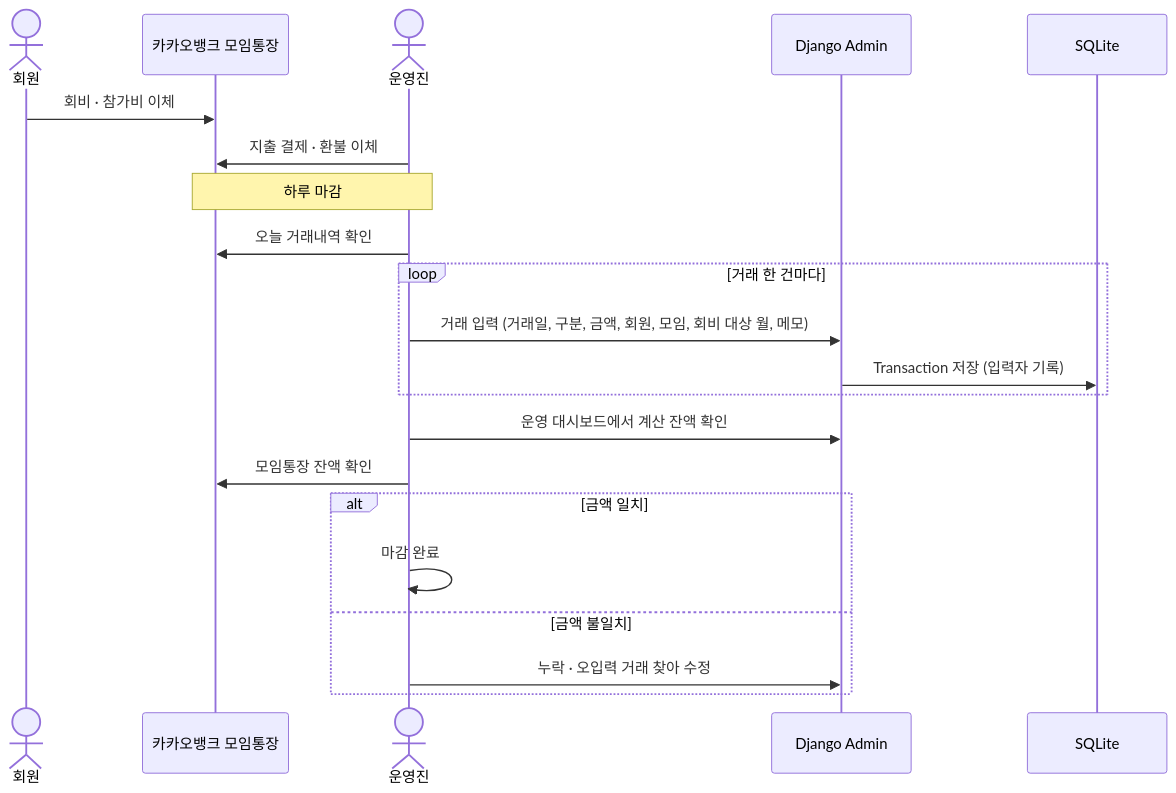
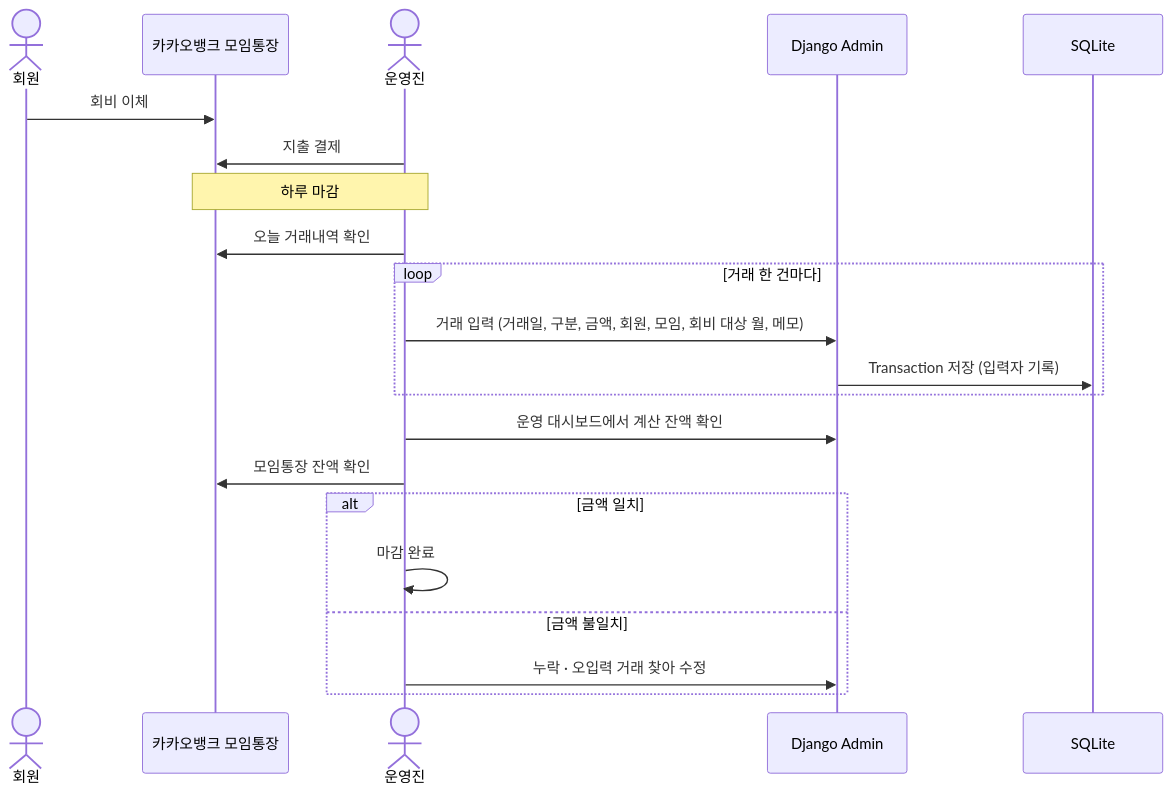
Before and after one commit to keepmind7/AI_Club_Web: the seventh of 14 diagrams in 동작 흐름.md, drawn with Mermaid. The commit also changed other lines of this file and 33 other files, not shown here.

````diff
--- a/동작 흐름.md
+++ b/동작 흐름.md
@@ -125,24 +117,24 @@
 ```mermaid
 sequenceDiagram
     actor M as 회원
     participant Bank as 카카오뱅크 모임통장
     actor A as 운영진
     participant Admin as Django Admin
     participant DB as SQLite
 
-    M->>Bank: 회비 · 참가비 이체
-    A->>Bank: 지출 결제 · 환불 이체
+    M->>Bank: 회비 이체
+    A->>Bank: 지출 결제
     Note over A,Bank: 하루 마감
     A->>Bank: 오늘 거래내역 확인
     loop 거래 한 건마다
         A->>Admin: 거래 입력 (거래일, 구분, 금액, 회원, 모임, 회비 대상 월, 메모)
         Admin->>DB: Transaction 저장 (입력자 기록)
     end
     A->>Admin: 운영 대시보드에서 계산 잔액 확인
     A->>Bank: 모임통장 잔액 확인
     alt 금액 일치
         A->>A: 마감 완료
     else 금액 불일치
         A->>Admin: 누락 · 오입력 거래 찾아 수정
     end
 ```
````
